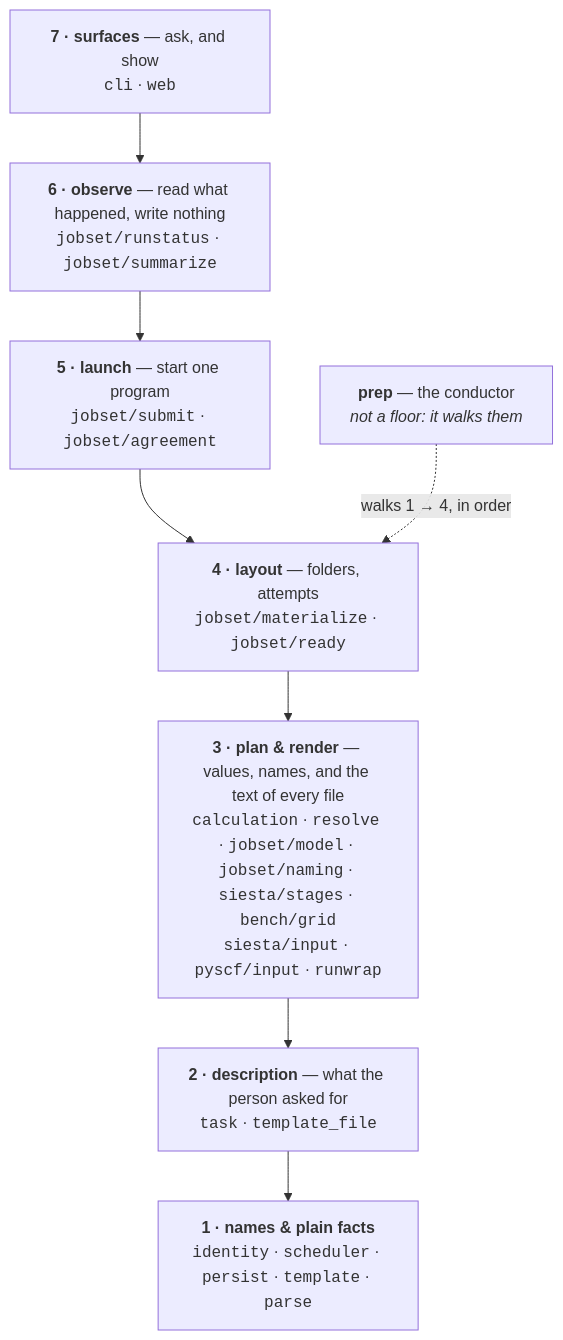
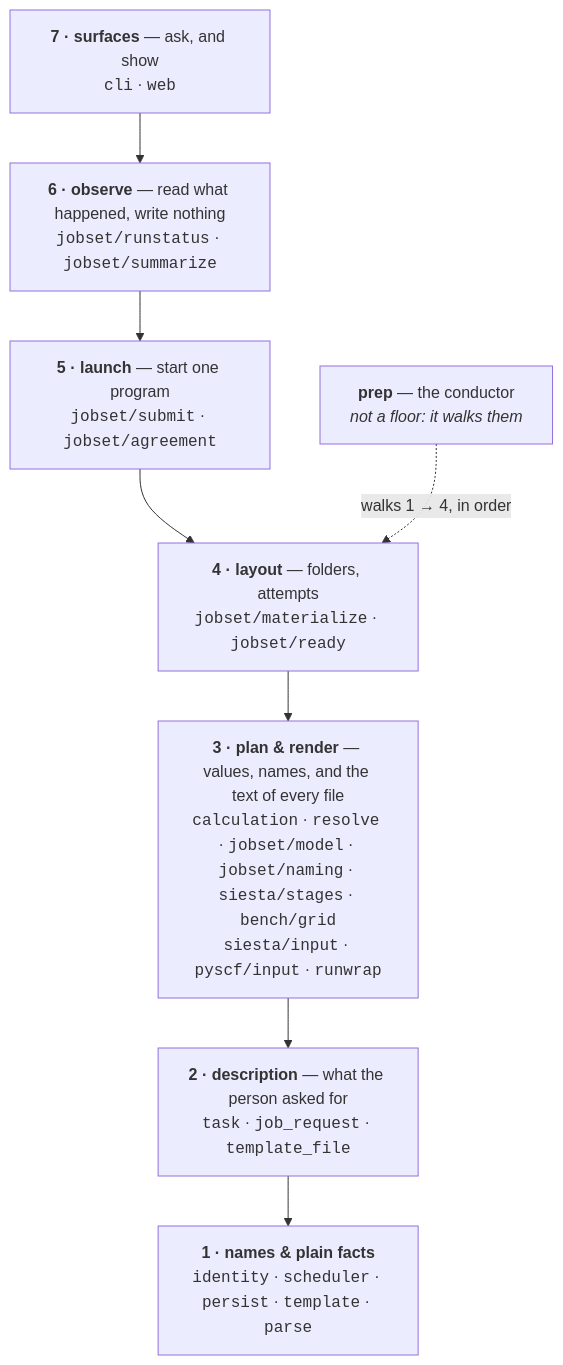
The first of 7 diagrams in docs/execution/script-preparation.md (Qing-LAB/molbuilder), drawn with Mermaid before and after one commit. The commit also changed other lines of this file and 196 other files, not shown here.

````diff
--- a/docs/execution/script-preparation.md
+++ b/docs/execution/script-preparation.md
@@ -53,13 +53,13 @@
 ```mermaid
 flowchart TB
     F7["<b>7 · surfaces</b> — ask, and show<br/><code>cli</code> · <code>web</code>"]
     F6["<b>6 · observe</b> — read what happened, write nothing<br/><code>jobset/runstatus</code> · <code>jobset/summarize</code>"]
     F5["<b>5 · launch</b> — start one program<br/><code>jobset/submit</code> · <code>jobset/agreement</code>"]
     F4["<b>4 · layout</b> — folders, attempts<br/><code>jobset/materialize</code> · <code>jobset/ready</code>"]
     F3["<b>3 · plan &amp; render</b> — values, names, and the text of every file<br/><code>calculation</code> · <code>resolve</code> · <code>jobset/model</code> · <code>jobset/naming</code> · <code>siesta/stages</code> · <code>bench/grid</code><br/><code>siesta/input</code> · <code>pyscf/input</code> · <code>runwrap</code>"]
-    F2["<b>2 · description</b> — what the person asked for<br/><code>task</code> · <code>template_file</code>"]
+    F2["<b>2 · description</b> — what the person asked for<br/><code>task</code> · <code>job_request</code> · <code>template_file</code>"]
     F1["<b>1 · names &amp; plain facts</b><br/><code>identity</code> · <code>scheduler</code> · <code>persist</code> · <code>template</code> · <code>parse</code>"]
     F7 --> F6 --> F5 --> F4 --> F3 --> F2 --> F1
     PREP["<b>prep</b> — the conductor<br/><i>not a floor: it walks them</i>"]
     PREP -.->|"walks 1 → 4, in order"| F4
 ```
````
